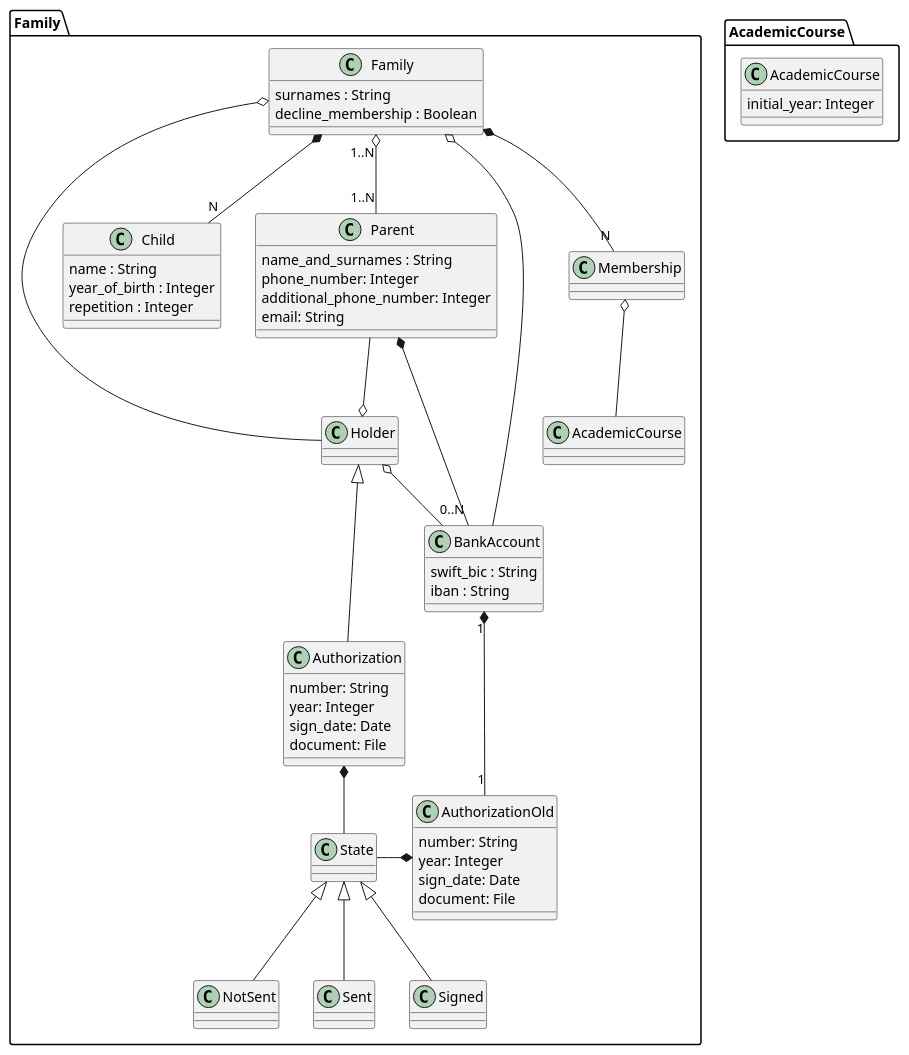
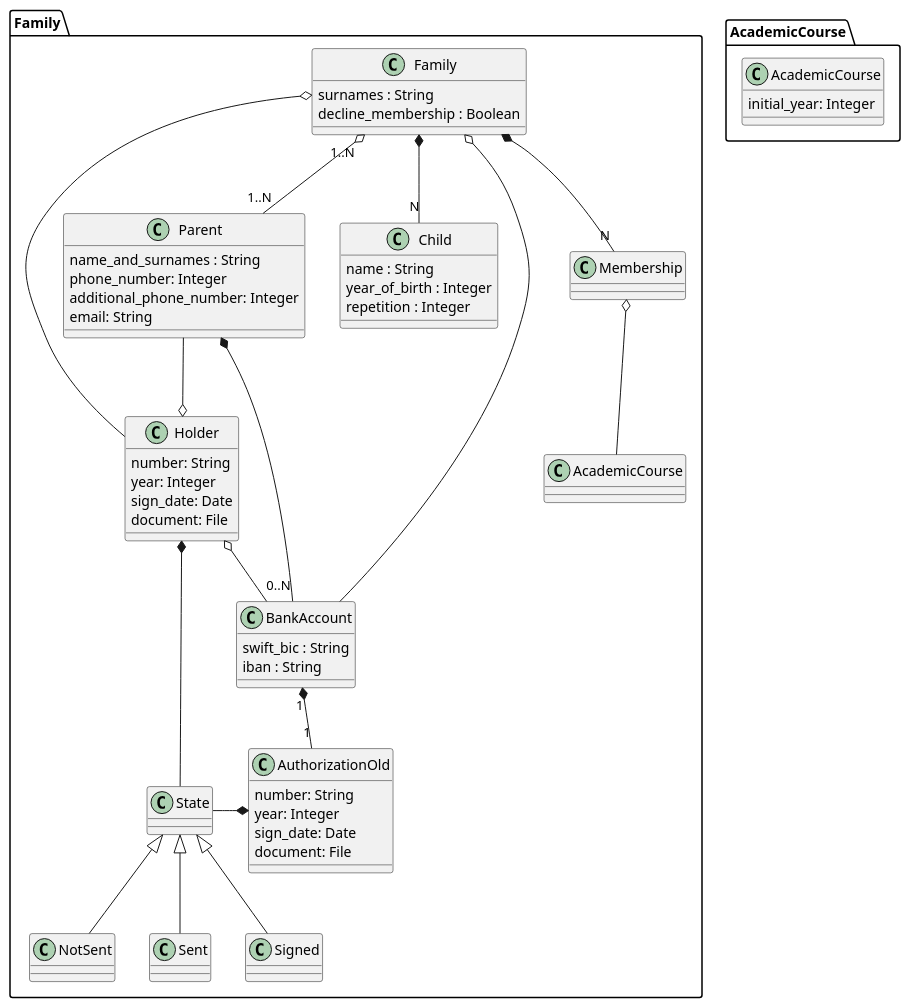
Before and after one commit to IgnacioMaestro/ampa-manager: the diagram in doc/DomainModelDiagram/FamilyPackage/FamilyPackageMigrating.puml, drawn with PlantUML. The commit also changed 8 other files, not shown here.

```diff
--- a/doc/DomainModelDiagram/FamilyPackage/FamilyPackageMigrating.puml
+++ b/doc/DomainModelDiagram/FamilyPackage/FamilyPackageMigrating.puml
@@ -1,67 +1,65 @@
 @startuml
 package Family {
   class Family {
     surnames : String
     decline_membership : Boolean
   }
   class Parent {
     name_and_surnames : String
     phone_number: Integer
     additional_phone_number: Integer
     email: String
   }
   class Child {
     name : String
     year_of_birth : Integer
     repetition : Integer
   }
-  class Holder
+  class Holder {
+      number: String
+      year: Integer
+      sign_date: Date
+      document: File
+  }
   class BankAccount {
     swift_bic : String
     iban : String
-  }
-  class Authorization {
-    number: String
-    year: Integer
-    sign_date: Date
-    document: File
   }
   class AuthorizationOld {
     number: String
     year: Integer
     sign_date: Date
     document: File
   }
   class State
   class NotSent
   class Sent
   class Signed
 
   NotSent -up-|> State
   Sent -up-|> State
   Signed -up-|> State
-  Authorization *-right- State
+  Holder *-right- State
   AuthorizationOld *-right- State
 
   class Membership
   Parent --o Holder: ""
   Holder o-- BankAccount
   Family o-- Holder
 
 
   Family "1..N" o-- "1..N" Parent
   Family *-- "N" Child
   Parent *-- "0..N" BankAccount
   Family o-- BankAccount: ""
   BankAccount "1" *-- "1" AuthorizationOld
-  Holder <|-- Authorization
   Family *-- "N" Membership: ""
   Membership o-- AcademicCourse
 }
 
 package AcademicCourse {
   class AcademicCourse {
     initial_year: Integer
   }
 }
 @enduml
```
